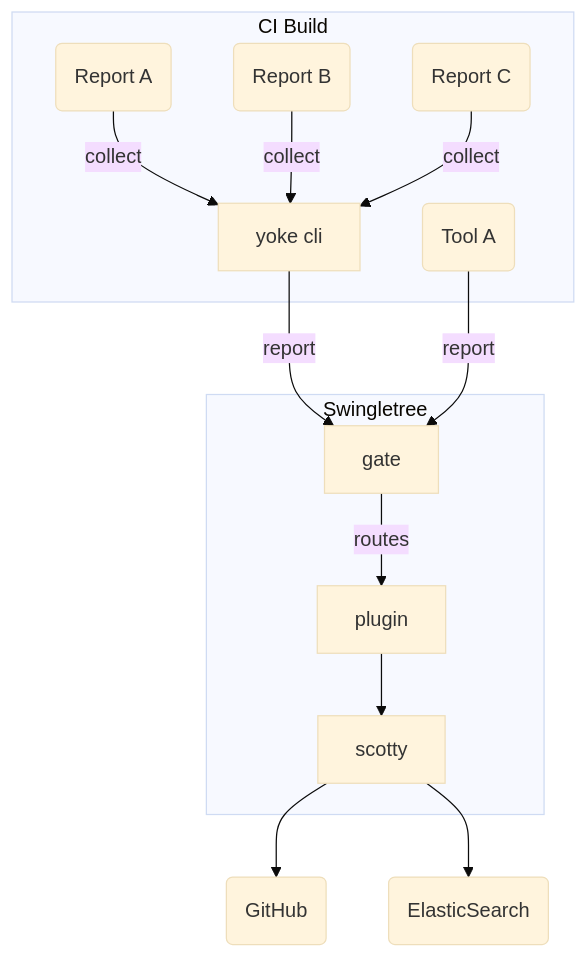
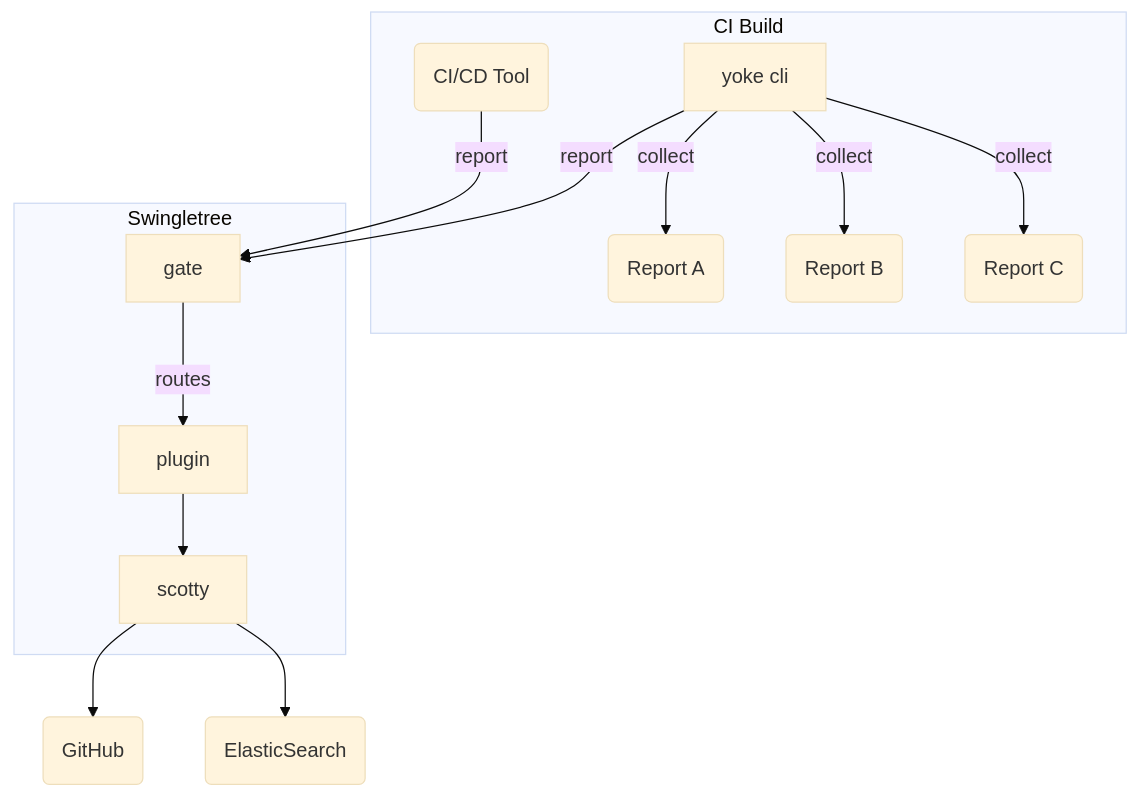
Before and after one commit to swingletree-oss/swingletree: the diagram in docs/_docs/index.md, drawn with Mermaid (base theme).

Commit message:
docs(pages): improve build graph

```diff
--- a/docs/_docs/index.md
+++ b/docs/_docs/index.md
@@ -22,32 +22,32 @@
 <div class="mermaid">
     graph TD
     subgraph CI Build
       A(Report A)
       B(Report B) 
       C(Report C)
-      tool(Tool A)
+      tool(CI/CD Tool)
       yoke[yoke cli]
     end
-    
+
     gh(GitHub)
     elastic(ElasticSearch)
 
     subgraph Swingletree
       gate
       plugin
       scotty
     end
     
-    A --collect--> yoke
-    B --collect--> yoke
-    C --collect--> yoke
+    yoke --collect--> A
+    yoke --collect--> B
+    yoke --collect--> C
     
     yoke --report--> gate
     tool --report--> gate
     
     gate --routes--> plugin
     plugin --> scotty
 
     scotty --> gh
     scotty --> elastic
 </div>
```
